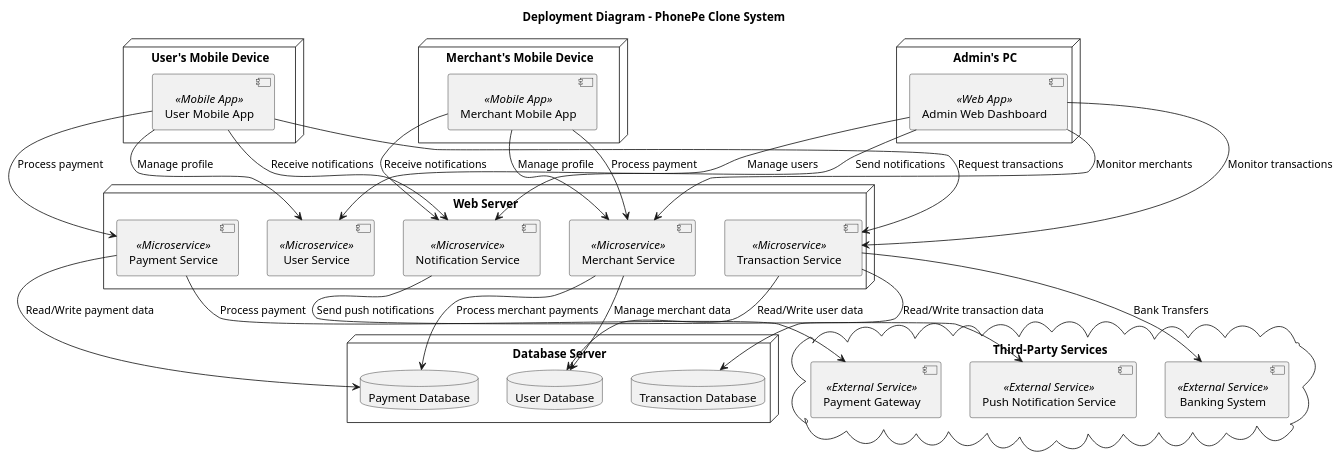
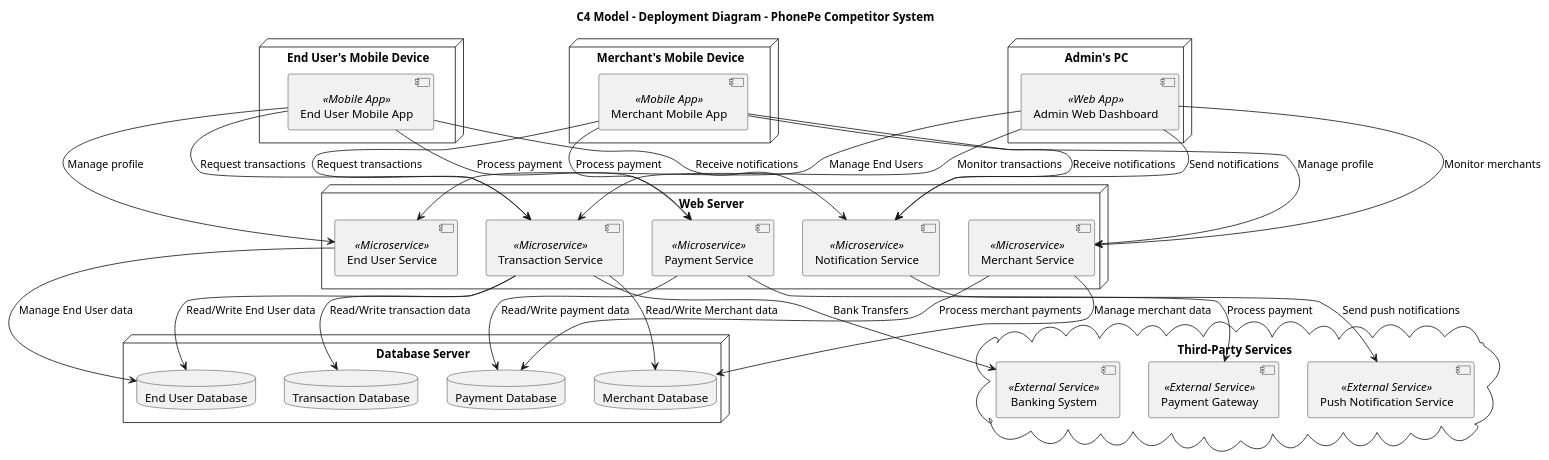
Before and after one commit to IIITLucknowSWEngg/CSITTeam014: the eighth of 8 diagrams in Assignment2/Architecture.md, drawn with PlantUML. The commit also changed other lines of this file, not shown here.

````diff
--- a/Assignment2/Architecture.md
+++ b/Assignment2/Architecture.md
@@ -336,63 +364,68 @@
 ```plantuml
 @startuml
-title Deployment Diagram - PhonePe Clone System
+title C4 Model - Deployment Diagram - PhonePe Competitor System
 
-node "User's Mobile Device" {
-    [User Mobile App] <<Mobile App>>
+node "End User's Mobile Device" {
+    [End User Mobile App] <<Mobile App>>
 }
 
 node "Merchant's Mobile Device" {
     [Merchant Mobile App] <<Mobile App>>
 }
 
 node "Admin's PC" {
     [Admin Web Dashboard] <<Web App>>
 }
 
 node "Web Server" {
     [Transaction Service] <<Microservice>>
-    [User Service] <<Microservice>>
+    [End User Service] <<Microservice>>
     [Payment Service] <<Microservice>>
     [Merchant Service] <<Microservice>>
     [Notification Service] <<Microservice>>
 }
 
 node "Database Server" {
-    database "User Database" as UserDB
+    database "End User Database" as UserDB
+    database "Merchant Database" as MerchantDB
     database "Transaction Database" as TransactionDB
     database "Payment Database" as PaymentDB
 }
 
 cloud "Third-Party Services" {
     [Payment Gateway] <<External Service>>
     [Push Notification Service] <<External Service>>
     [Banking System] <<External Service>>
 }
 
 ' Connections
-[User Mobile App] --> [Transaction Service] : "Request transactions"
-[User Mobile App] --> [Payment Service] : "Process payment"
-[User Mobile App] --> [Notification Service] : "Receive notifications"
-[User Mobile App] --> [User Service] : "Manage profile"
+[End User Mobile App] --> [Transaction Service] : "Request transactions"
+[End User Mobile App] --> [Payment Service] : "Process payment"
+[End User Mobile App] --> [Notification Service] : "Receive notifications"
+[End User Mobile App] --> [End User Service] : "Manage profile"
 
-[Merchant Mobile App] --> [Merchant Service] : "Process payment"
+[Merchant Mobile App] --> [Payment Service] : "Process payment"
+[Merchant Mobile App] --> [Transaction Service] : "Request transactions"
 [Merchant Mobile App] --> [Notification Service] : "Receive notifications"
 [Merchant Mobile App] --> [Merchant Service] : "Manage profile"
 
 [Admin Web Dashboard] --> [Transaction Service] : "Monitor transactions"
-[Admin Web Dashboard] --> [User Service] : "Manage users"
+[Admin Web Dashboard] --> [End User Service] : "Manage End Users"
 [Admin Web Dashboard] --> [Merchant Service] : "Monitor merchants"
 [Admin Web Dashboard] --> [Notification Service] : "Send notifications"
 
-[Transaction Service] --> UserDB : "Read/Write user data"
+[Transaction Service] --> UserDB : "Read/Write End User data"
+[Transaction Service] --> MerchantDB : "Read/Write Merchant data"
+[End User Service] --> UserDB : "Manage End User data"
 [Payment Service] --> PaymentDB : "Read/Write payment data"
-[Merchant Service] --> UserDB : "Manage merchant data"
+[Merchant Service] --> MerchantDB : "Manage merchant data"
 [Merchant Service] --> PaymentDB : "Process merchant payments"
 [Transaction Service] --> TransactionDB : "Read/Write transaction data"
 
 [Payment Service] --> [Payment Gateway] : "Process payment"
 [Notification Service] --> [Push Notification Service] : "Send push notifications"
 [Transaction Service] --> [Banking System] : "Bank Transfers"
 
 @enduml
+
 ```
````
